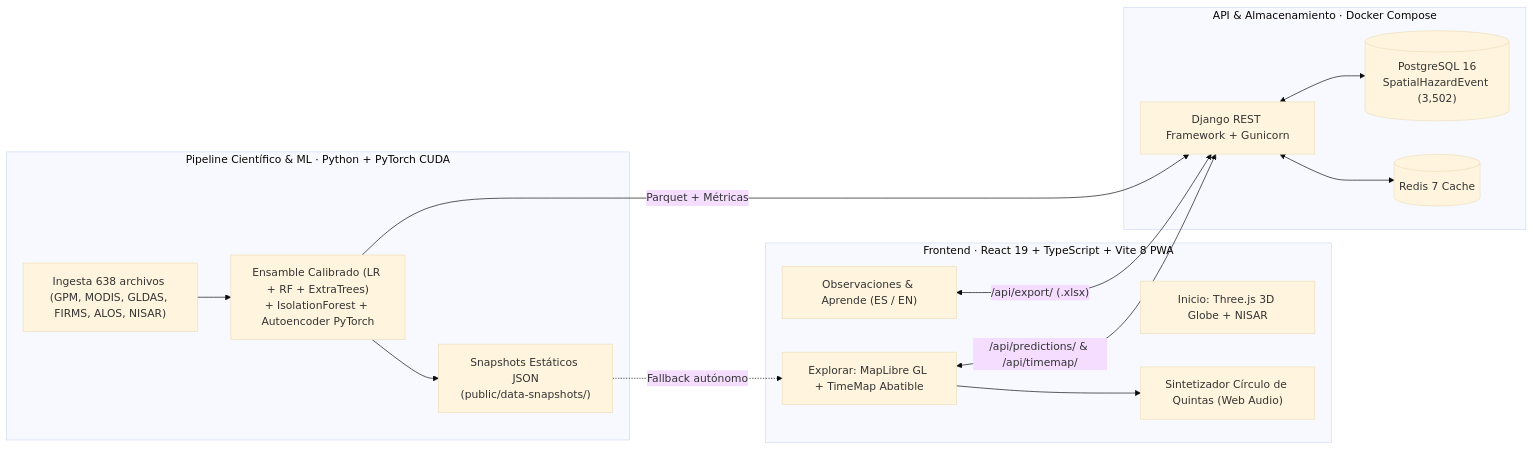
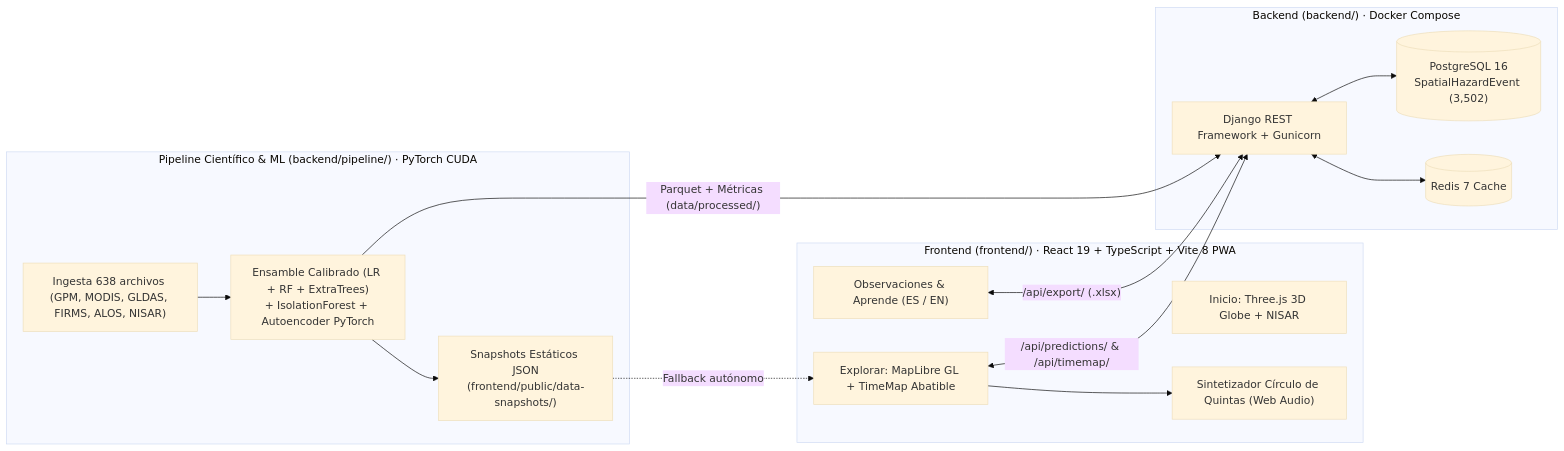
Before and after one commit to GalekTato/404-Gravity-Not-Found: the diagram in README.md, drawn with Mermaid (base theme). The commit also changed other lines of this file and 201 other files, not shown here.

Commit message:
chore(repo): remove docs folder and reorganize into frontend, backend, deployment, scripts, and data

````diff
--- a/README.md
+++ b/README.md
@@ -39,31 +39,31 @@
 ```mermaid
 flowchart LR
-  subgraph Client["Frontend · React 19 + TypeScript + Vite 8 PWA"]
+  subgraph Client["Frontend (frontend/) · React 19 + TypeScript + Vite 8 PWA"]
     Globe["Inicio: Three.js 3D Globe + NISAR"]
     Map["Explorar: MapLibre GL + TimeMap Abatible"]
     Obs["Observaciones & Aprende (ES / EN)"]
     Audio["Sintetizador Círculo de Quintas (Web Audio)"]
   end
 
-  subgraph Backend["API & Almacenamiento · Docker Compose"]
+  subgraph Backend["Backend (backend/) · Docker Compose"]
     API["Django REST Framework + Gunicorn"]
     PG[("PostgreSQL 16\nSpatialHazardEvent (3,502)")]
     Redis[("Redis 7 Cache")]
   end
 
-  subgraph Pipeline["Pipeline Científico & ML · Python + PyTorch CUDA"]
+  subgraph Pipeline["Pipeline Científico & ML (backend/pipeline/) · PyTorch CUDA"]
     Ingest["Ingesta 638 archivos (GPM, MODIS, GLDAS, FIRMS, ALOS, NISAR)"]
     ML["Ensamble Calibrado (LR + RF + ExtraTrees)\n+ IsolationForest + Autoencoder PyTorch"]
-    Snap["Snapshots Estáticos JSON\n(public/data-snapshots/)"]
+    Snap["Snapshots Estáticos JSON\n(frontend/public/data-snapshots/)"]
   end
 
   Ingest --> ML
-  ML -->|"Parquet + Métricas"| API
+  ML -->|"Parquet + Métricas (data/processed/)"| API
   ML --> Snap
   API <--> PG
   API <--> Redis
   Map <-->|"/api/predictions/ & /api/timemap/"| API
   Obs <-->|"/api/export/ (.xlsx)"| API
   Snap -.->|"Fallback autónomo"| Map
   Map --> Audio
 ```
````
